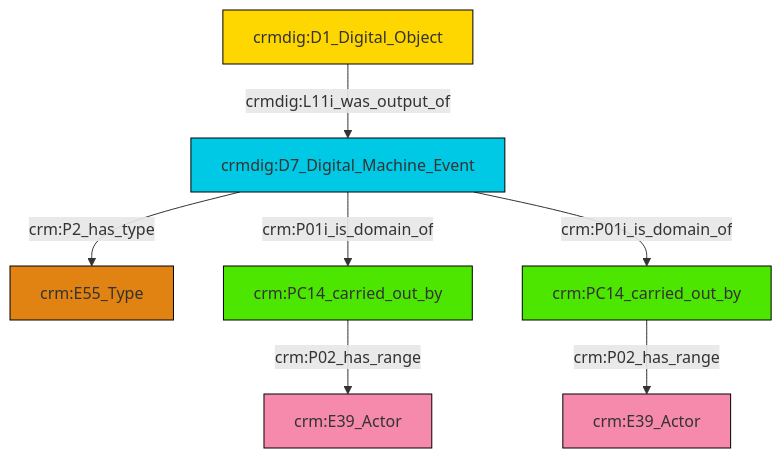
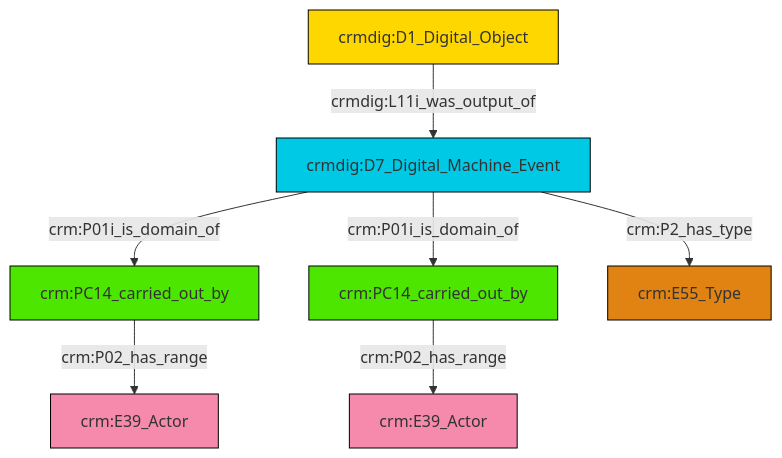
The diagram in et/doCSV/ttl/mmd/do_actor_relations.ttl.mmd (swiss-art-research-net/reference-data-models), drawn with Mermaid before and after one commit. The commit also changed 126 other files, not shown here.

```diff
--- a/et/doCSV/ttl/mmd/do_actor_relations.ttl.mmd
+++ b/et/doCSV/ttl/mmd/do_actor_relations.ttl.mmd
@@ -1,21 +1,21 @@
 graph TD
 classDef Literal fill:#f2f2f2,stroke:#000000;
 classDef CRM_Entity fill:#FFFFFF,stroke:#000000;
 classDef Temporal_Entity fill:#00C9E6, stroke:#000000;
 classDef Type fill:#E18312, stroke:#000000;
 classDef Time-Span fill:#2C9C91, stroke:#000000;
 classDef Appellation fill:#FFEB7F, stroke:#000000;
 classDef Place fill:#008836, stroke:#000000;
 classDef Persistent_Item fill:#B266B2, stroke:#000000;
 classDef Conceptual_Object fill:#FFD700, stroke:#000000;
 classDef Physical_Thing fill:#D2B48C, stroke:#000000;
 classDef Actor fill:#f58aad, stroke:#000000;
 classDef PC_Classes fill:#4ce600, stroke:#000000;
 classDef Multi fill:#cccccc,stroke:#000000;
 
 0["crmdig:D1_Digital_Object"]:::Conceptual_Object -->|crmdig:L11i_was_output_of| 1["crmdig:D7_Digital_Machine_Event"]:::Temporal_Entity
-7["crm:PC14_carried_out_by"]:::PC_Classes -->|crm:P02_has_range| 3["crm:E39_Actor"]:::Actor
-1["crmdig:D7_Digital_Machine_Event"]:::Temporal_Entity -->|crm:P2_has_type| 5["crm:E55_Type"]:::Type
-9["crm:PC14_carried_out_by"]:::PC_Classes -->|crm:P02_has_range| 10["crm:E39_Actor"]:::Actor
-1["crmdig:D7_Digital_Machine_Event"]:::Temporal_Entity -->|crm:P01i_is_domain_of| 7["crm:PC14_carried_out_by"]:::PC_Classes
-1["crmdig:D7_Digital_Machine_Event"]:::Temporal_Entity -->|crm:P01i_is_domain_of| 9["crm:PC14_carried_out_by"]:::PC_Classes
+2["crm:PC14_carried_out_by"]:::PC_Classes -->|crm:P02_has_range| 3["crm:E39_Actor"]:::Actor
+5["crm:PC14_carried_out_by"]:::PC_Classes -->|crm:P02_has_range| 6["crm:E39_Actor"]:::Actor
+1["crmdig:D7_Digital_Machine_Event"]:::Temporal_Entity -->|crm:P2_has_type| 7["crm:E55_Type"]:::Type
+1["crmdig:D7_Digital_Machine_Event"]:::Temporal_Entity -->|crm:P01i_is_domain_of| 2["crm:PC14_carried_out_by"]:::PC_Classes
+1["crmdig:D7_Digital_Machine_Event"]:::Temporal_Entity -->|crm:P01i_is_domain_of| 5["crm:PC14_carried_out_by"]:::PC_Classes
```
